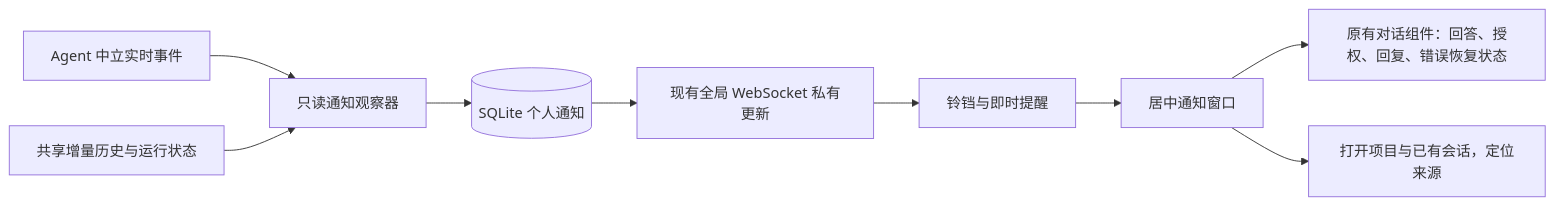
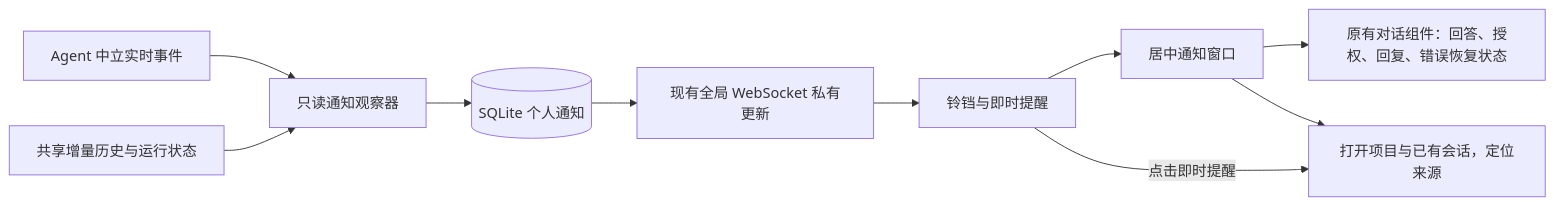
The diagram in docs/notification-center.md (Poeagle/agentManager), drawn with Mermaid before and after one commit. The commit also changed other lines of this file and 4 other files, not shown here.

````diff
--- a/docs/notification-center.md
+++ b/docs/notification-center.md
@@ -5,11 +5,12 @@
 ```mermaid
 flowchart LR
   A[Agent 中立实时事件] --> C[只读通知观察器]
   B[共享增量历史与运行状态] --> C
   C --> D[(SQLite 个人通知)]
   D --> E[现有全局 WebSocket 私有更新]
   E --> F[铃铛与即时提醒]
   F --> G[居中通知窗口]
+  F -->|点击即时提醒| I[打开项目与已有会话，定位来源]
   G --> H[原有对话组件：回答、授权、回复、错误恢复状态]
   G --> I[打开项目与已有会话，定位来源]
 ```
````
